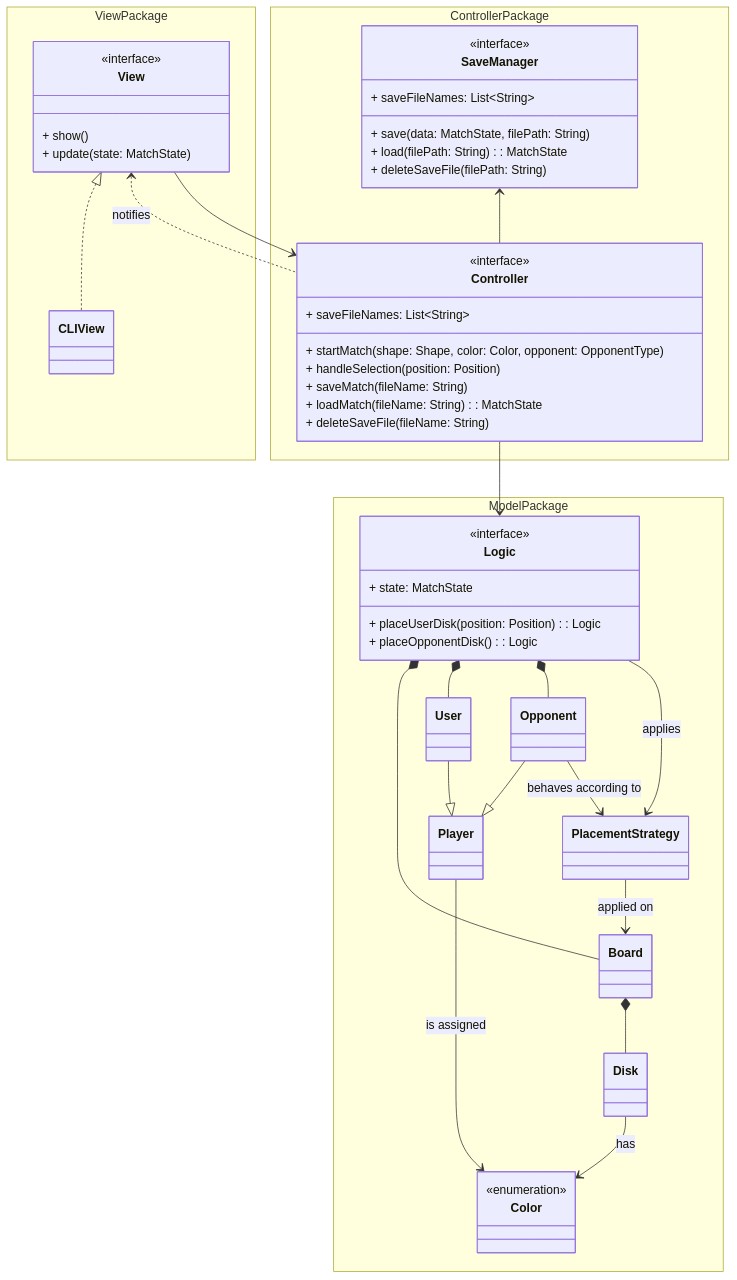
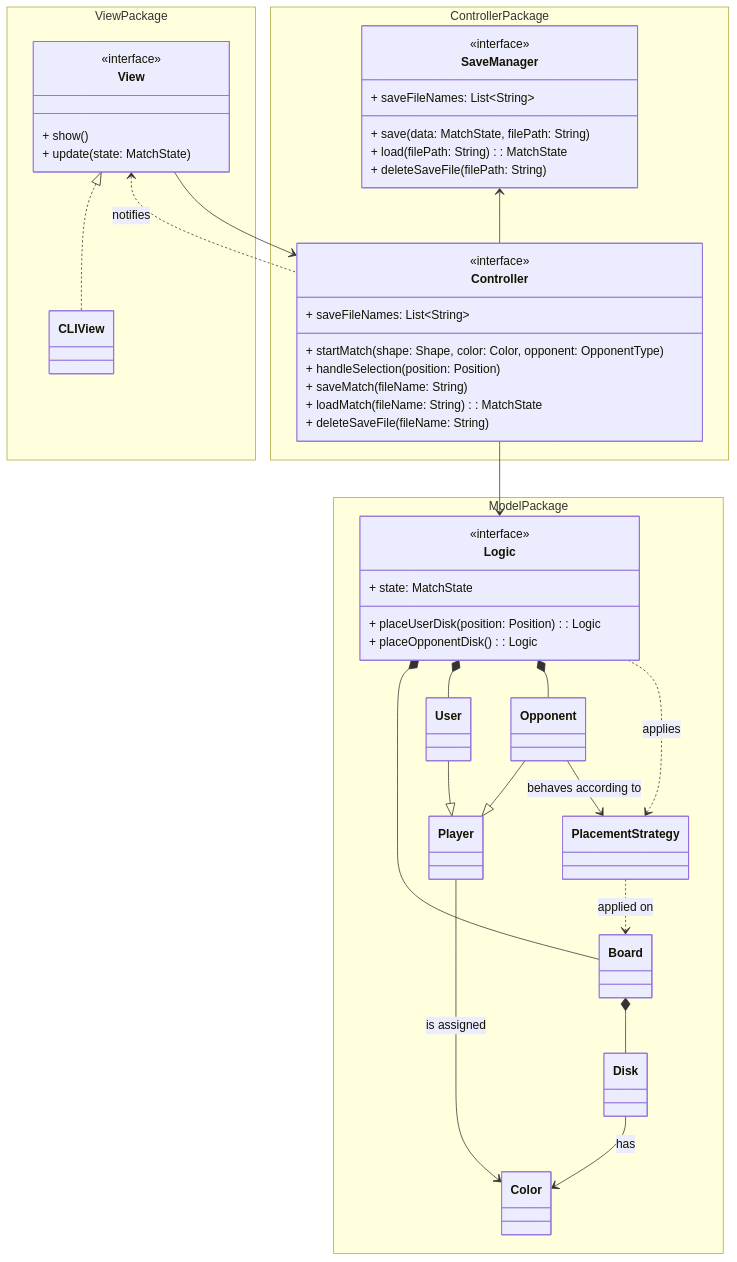
One commit to Borgotto/PPS-25-scalatello changed the second of 2 diagrams in docs/report/3-architectural-design.md. Above: the diagram before and after it, drawn with Mermaid. The commit also changed 1 other file, not shown here.

Commit message:
add improvements to diagrams, add view diagram

````diff
--- a/docs/report/3-architectural-design.md
+++ b/docs/report/3-architectural-design.md
@@ -52,66 +52,64 @@
 ```mermaid
 classDiagram
   namespace ViewPackage {
     class View {
       <<interface>>
       + show()
       + update(state: MatchState)
     }
     class CLIView
   }
   namespace ControllerPackage {
     class Controller {
       <<interface>>
       + startMatch(shape: Shape, color: Color, opponent: OpponentType)
       + handleSelection(position: Position)
       + saveMatch(fileName: String)
       + loadMatch(fileName: String): MatchState
       + saveFileNames: List~String~
       + deleteSaveFile(fileName: String)
     }
     class SaveManager {
       <<interface>>
       + save(data: MatchState, filePath: String)
       + load(filePath: String): MatchState
       + saveFileNames: List~String~
       + deleteSaveFile(filePath: String)
     }
   }
   namespace ModelPackage {
     class Logic {
       <<interface>>
       + state: MatchState
       + placeUserDisk(position: Position): Logic
       + placeOpponentDisk(): Logic
     }
     class PlacementStrategy
     class Opponent
     class User
     class Board
     class Disk
-    class Color {
-      <<enumeration>>
-    }
+    class Color
     class Player
   }
 
-  Logic --> PlacementStrategy: applies
+  Logic ..> PlacementStrategy: applies
   Logic *-- Opponent
   Logic *-- User
   Logic *-- Board
 
   Opponent --> PlacementStrategy : behaves according to
   Opponent --|> Player
   User --|> Player
   Player --> Color: is assigned
-  PlacementStrategy --> Board: applied on
+  PlacementStrategy ..> Board: applied on
   Board *-- Disk
   Disk --> Color: has
 
   View --> Controller
   View <.. Controller : notifies
   Controller --> Logic
   SaveManager <-- Controller
 
   View <|.. CLIView
 ```
````
